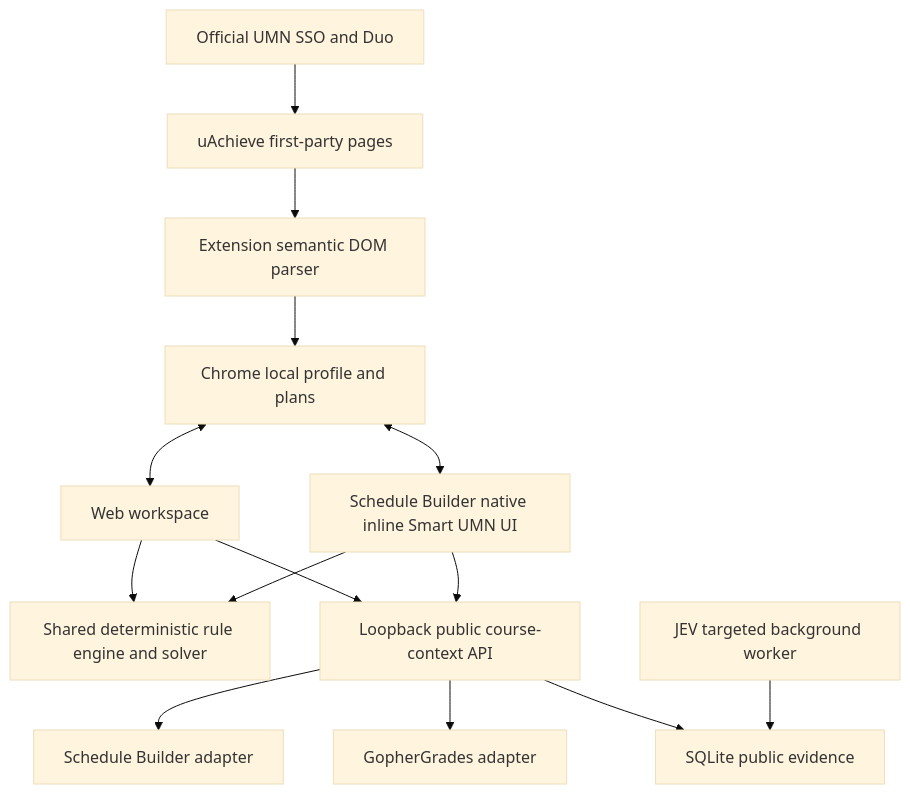
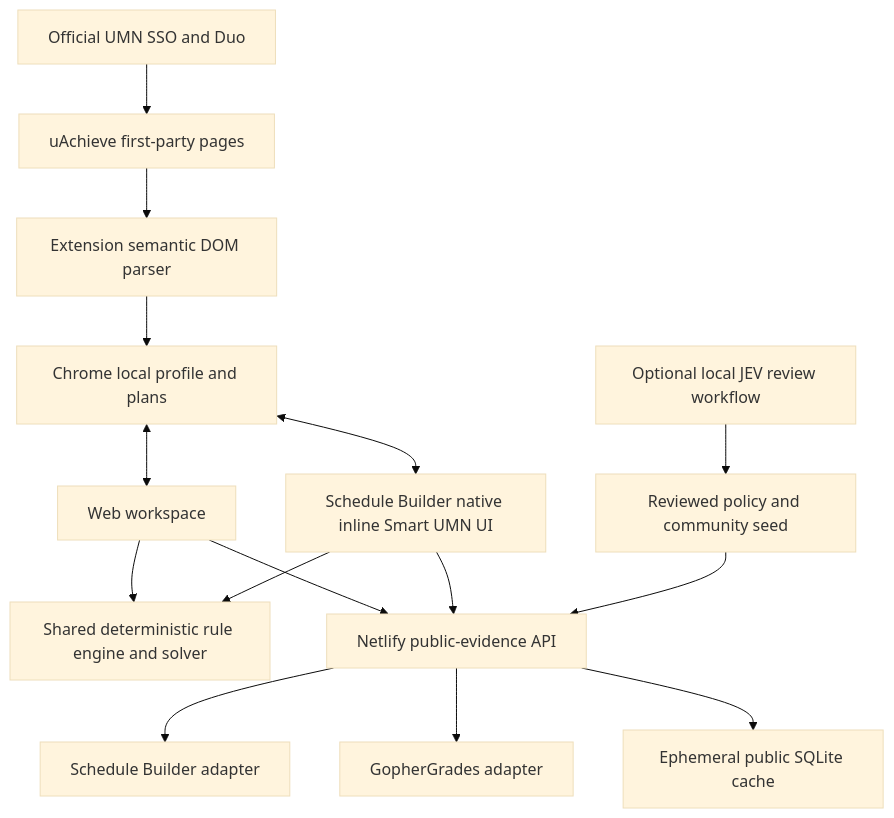
One commit to QinyangTan/smart-umn-planner changed the diagram in docs/ARCHITECTURE.md. Above: the diagram before and after it, drawn with Mermaid (base theme). The commit also changed other lines of this file and 6 other files, not shown here.

Commit message:
Present product value, architecture and current production demos

````diff
--- a/docs/ARCHITECTURE.md
+++ b/docs/ARCHITECTURE.md
@@ -5,16 +7,17 @@
 ```mermaid
 flowchart TD
   UMN[Official UMN SSO and Duo] --> UA[uAchieve first-party pages]
   UA --> CS[Extension semantic DOM parser]
   CS --> Local[Chrome local profile and plans]
   Local <--> Web[Web workspace]
   Local <--> Inline[Schedule Builder native inline Smart UMN UI]
   Web --> Core[Shared deterministic rule engine and solver]
   Inline --> Core
-  Web --> API[Loopback public course-context API]
+  Web --> API[Netlify public-evidence API]
   Inline --> API
   API --> SB[Schedule Builder adapter]
   API --> GG[GopherGrades adapter]
-  API --> DB[SQLite public evidence]
-  Worker[JEV targeted background worker] --> DB
+  API --> DB[Ephemeral public SQLite cache]
+  Seed[Reviewed policy and community seed] --> API
+  Worker[Optional local JEV review workflow] --> Seed
 ```
````
